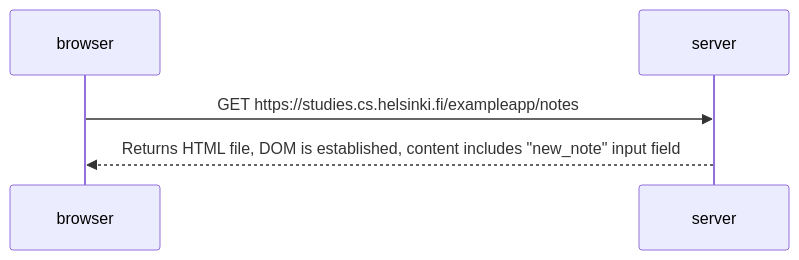
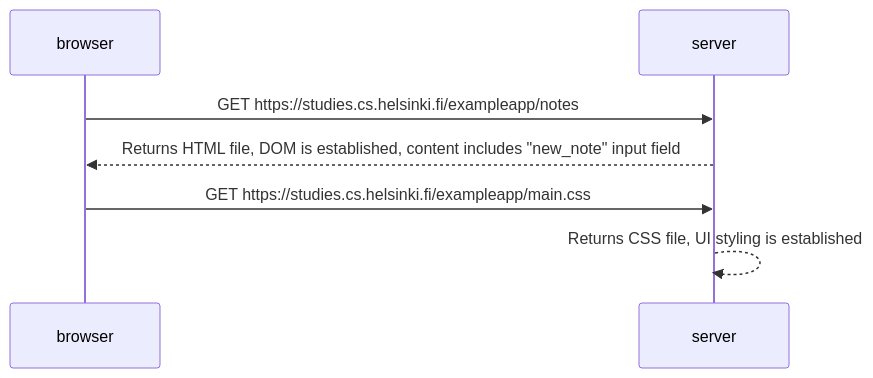
Before and after one commit to derekluciani/fullstackopen: the diagram in part0/exercise-0.4.md, drawn with Mermaid.

````diff
--- a/part0/exercise-0.4.md
+++ b/part0/exercise-0.4.md
@@ -1,10 +1,13 @@
 ```mermaid
 sequenceDiagram
     participant browser
     participant server
 
     browser->>server: GET https://studies.cs.helsinki.fi/exampleapp/notes
     server-->>browser: Returns HTML file, DOM is established, content includes "new_note" input field
 
+    browser->>server: GET https://studies.cs.helsinki.fi/exampleapp/main.css
+    server-->>server: Returns CSS file, UI styling is established
+
     
 ```
````
